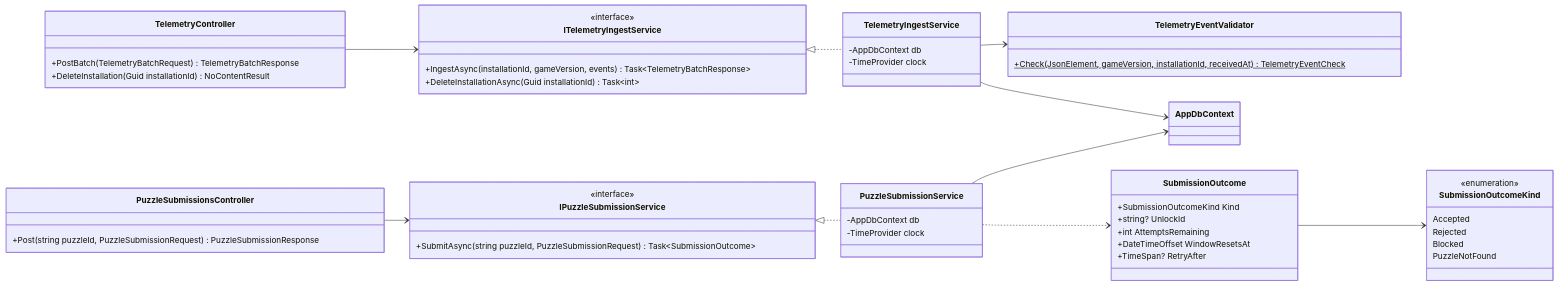
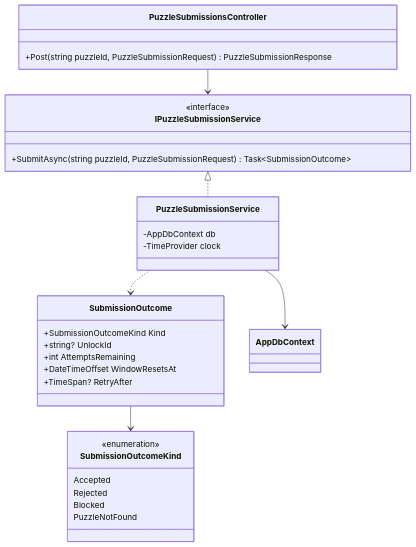
The fourth of 10 diagrams in docs/thiet-ke/luoc-do-lop-may-chu.md (qivarnq3g/3-gio-12), drawn with Mermaid before and after one commit. The commit also changed other lines of this file, not shown here.

Commit message:
docs: tách sơ đồ lớp theo từng luồng, vẽ theo chiều dọc cho đọc được khi in (#12)

````diff
--- a/docs/thiet-ke/luoc-do-lop-may-chu.md
+++ b/docs/thiet-ke/luoc-do-lop-may-chu.md
@@ -166,66 +212,37 @@
 ```mermaid
 classDiagram
-    direction LR
-
-    class TelemetryController {
-        +PostBatch(TelemetryBatchRequest) TelemetryBatchResponse
-        +DeleteInstallation(Guid installationId) NoContentResult
-    }
+    direction TB
 
     class PuzzleSubmissionsController {
         +Post(string puzzleId, PuzzleSubmissionRequest) PuzzleSubmissionResponse
     }
-
-    class ITelemetryIngestService {
-        <<interface>>
-        +IngestAsync(installationId, gameVersion, events) Task~TelemetryBatchResponse~
-        +DeleteInstallationAsync(Guid installationId) Task~int~
-    }
-
-    class TelemetryIngestService {
-        -AppDbContext db
-        -TimeProvider clock
-    }
-
-    class TelemetryEventValidator {
-        +Check(JsonElement, gameVersion, installationId, receivedAt) TelemetryEventCheck$
-    }
-
     class IPuzzleSubmissionService {
         <<interface>>
         +SubmitAsync(string puzzleId, PuzzleSubmissionRequest) Task~SubmissionOutcome~
     }
-
     class PuzzleSubmissionService {
         -AppDbContext db
         -TimeProvider clock
     }
-
     class SubmissionOutcome {
         +SubmissionOutcomeKind Kind
         +string? UnlockId
         +int AttemptsRemaining
         +DateTimeOffset WindowResetsAt
         +TimeSpan? RetryAfter
     }
-
     class SubmissionOutcomeKind {
         <<enumeration>>
         Accepted
         Rejected
         Blocked
         PuzzleNotFound
     }
-
     class AppDbContext
 
-    TelemetryController --> ITelemetryIngestService
     PuzzleSubmissionsController --> IPuzzleSubmissionService
-    ITelemetryIngestService <|.. TelemetryIngestService
     IPuzzleSubmissionService <|.. PuzzleSubmissionService
-    TelemetryIngestService --> TelemetryEventValidator
-    TelemetryIngestService --> AppDbContext
     PuzzleSubmissionService --> AppDbContext
     PuzzleSubmissionService ..> SubmissionOutcome
     SubmissionOutcome --> SubmissionOutcomeKind
 ```
````
